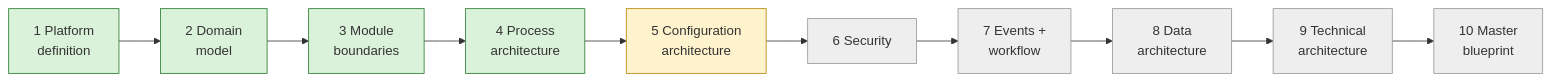
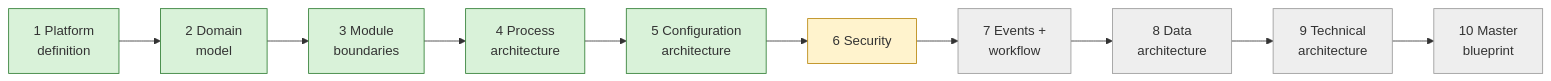
Before and after one commit to adityayadav30561-rgb/MASTER-ERP: the diagram in docs/00-context/CURRENT-STATE.md, drawn with Mermaid. The commit also changed other lines of this file and 30 other files, not shown here.

First line of the commit message:
Accept Step 5; add Step 6 security architecture

````diff
--- a/docs/00-context/CURRENT-STATE.md
+++ b/docs/00-context/CURRENT-STATE.md
@@ -11,8 +11,8 @@
 ```mermaid
 flowchart LR
-    S1["1 Platform<br/>definition"]:::done --> S2["2 Domain<br/>model"]:::done --> S3["3 Module<br/>boundaries"]:::done --> S4["4 Process<br/>architecture"]:::done --> S5["5 Configuration<br/>architecture"]:::review
-    S5 --> S6["6 Security"]:::todo --> S7["7 Events +<br/>workflow"]:::todo --> S8["8 Data<br/>architecture"]:::todo --> S9["9 Technical<br/>architecture"]:::todo --> S10["10 Master<br/>blueprint"]:::todo
+    S1["1 Platform<br/>definition"]:::done --> S2["2 Domain<br/>model"]:::done --> S3["3 Module<br/>boundaries"]:::done --> S4["4 Process<br/>architecture"]:::done --> S5["5 Configuration<br/>architecture"]:::done
+    S5 --> S6["6 Security"]:::review --> S7["7 Events +<br/>workflow"]:::todo --> S8["8 Data<br/>architecture"]:::todo --> S9["9 Technical<br/>architecture"]:::todo --> S10["10 Master<br/>blueprint"]:::todo
     classDef done fill:#d9f2d9,stroke:#2e7d32
     classDef review fill:#fff3cd,stroke:#b8860b
     classDef todo fill:#eeeeee,stroke:#999999
 ```
````
